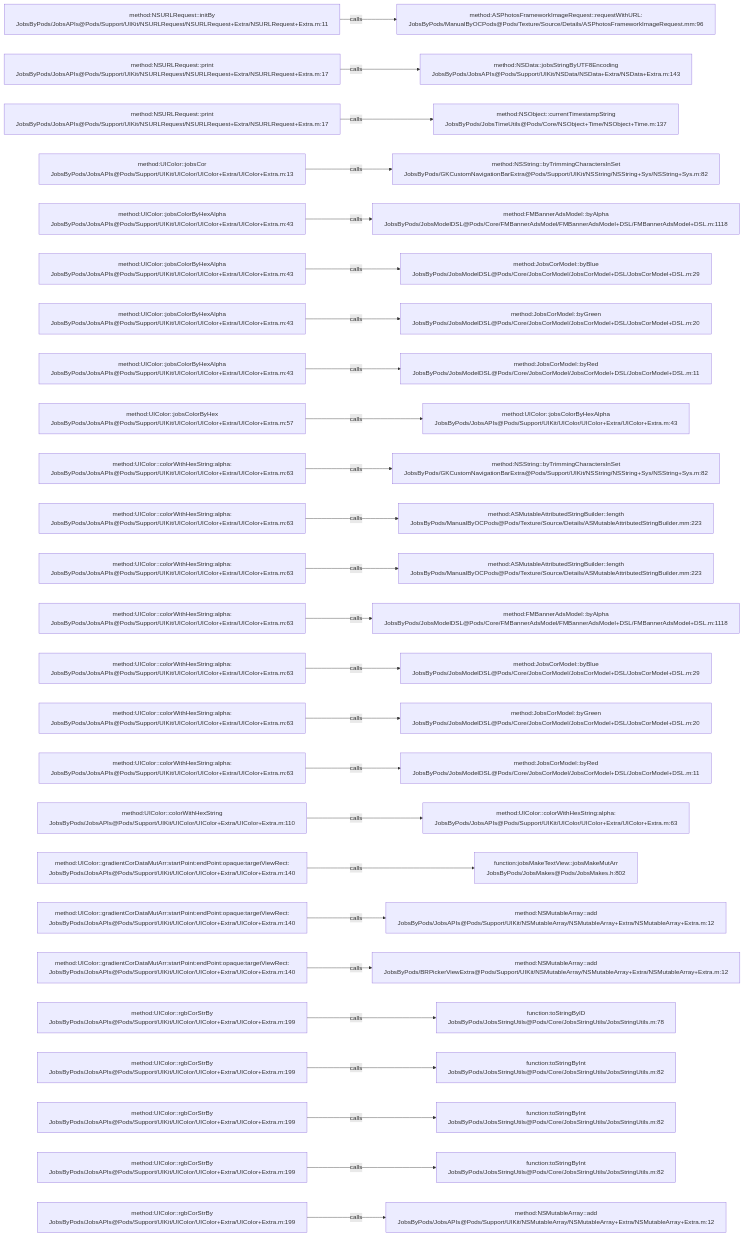
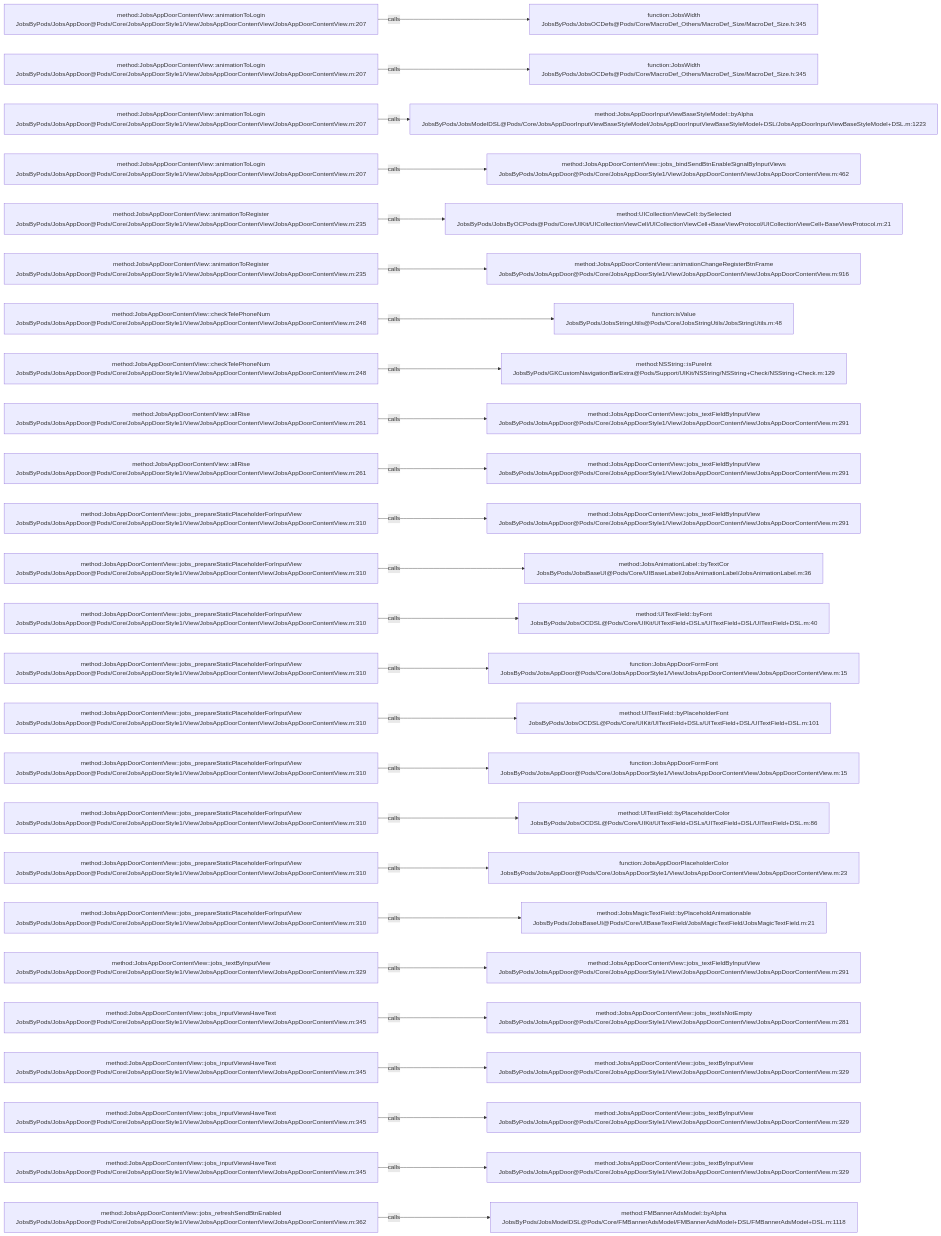
One commit to JobsKits/JobsOCBaseConfigDemo changed the diagram in .codegraph/codegraph.md/graphs/calls-089.md. Above: the diagram before and after it, drawn with Mermaid. The commit also changed 223 other files, not shown here.

````diff
--- a/.codegraph/codegraph.md/graphs/calls-089.md
+++ b/.codegraph/codegraph.md/graphs/calls-089.md
@@ -13,78 +13,78 @@
 ```mermaid
 flowchart LR
-  S1["method:NSURLRequest::initBy<br/>JobsByPods/JobsAPIs@Pods/Support/UIKit/NSURLRequest/NSURLRequest+Extra/NSURLRequest+Extra.m:11"]
-  T1["method:ASPhotosFrameworkImageRequest::requestWithURL:<br/>JobsByPods/ManualByOCPods@Pods/Texture/Source/Details/ASPhotosFrameworkImageRequest.mm:96"]
+  S1["method:JobsAppDoorContentView::animationToLogin<br/>JobsByPods/JobsAppDoor@Pods/Core/JobsAppDoorStyle1/View/JobsAppDoorContentView/JobsAppDoorContentView.m:207"]
+  T1["function:JobsWidth<br/>JobsByPods/JobsOCDefs@Pods/Core/MacroDef_Others/MacroDef_Size/MacroDef_Size.h:345"]
   S1 -->|calls| T1
-  S2["method:NSURLRequest::print<br/>JobsByPods/JobsAPIs@Pods/Support/UIKit/NSURLRequest/NSURLRequest+Extra/NSURLRequest+Extra.m:17"]
-  T2["method:NSData::jobsStringByUTF8Encoding<br/>JobsByPods/JobsAPIs@Pods/Support/UIKit/NSData/NSData+Extra/NSData+Extra.m:143"]
+  S2["method:JobsAppDoorContentView::animationToLogin<br/>JobsByPods/JobsAppDoor@Pods/Core/JobsAppDoorStyle1/View/JobsAppDoorContentView/JobsAppDoorContentView.m:207"]
+  T2["function:JobsWidth<br/>JobsByPods/JobsOCDefs@Pods/Core/MacroDef_Others/MacroDef_Size/MacroDef_Size.h:345"]
   S2 -->|calls| T2
-  S3["method:NSURLRequest::print<br/>JobsByPods/JobsAPIs@Pods/Support/UIKit/NSURLRequest/NSURLRequest+Extra/NSURLRequest+Extra.m:17"]
-  T3["method:NSObject::currentTimestampString<br/>JobsByPods/JobsTimeUtils@Pods/Core/NSObject+Time/NSObject+Time.m:137"]
+  S3["method:JobsAppDoorContentView::animationToLogin<br/>JobsByPods/JobsAppDoor@Pods/Core/JobsAppDoorStyle1/View/JobsAppDoorContentView/JobsAppDoorContentView.m:207"]
+  T3["method:JobsAppDoorInputViewBaseStyleModel::byAlpha<br/>JobsByPods/JobsModelDSL@Pods/Core/JobsAppDoorInputViewBaseStyleModel/JobsAppDoorInputViewBaseStyleModel+DSL/JobsAppDoorInputViewBaseStyleModel+DSL.m:1223"]
   S3 -->|calls| T3
-  S4["method:UIColor::jobsCor<br/>JobsByPods/JobsAPIs@Pods/Support/UIKit/UIColor/UIColor+Extra/UIColor+Extra.m:13"]
-  T4["method:NSString::byTrimmingCharactersInSet<br/>JobsByPods/GKCustomNavigationBarExtra@Pods/Support/UIKit/NSString/NSString+Sys/NSString+Sys.m:82"]
+  S4["method:JobsAppDoorContentView::animationToLogin<br/>JobsByPods/JobsAppDoor@Pods/Core/JobsAppDoorStyle1/View/JobsAppDoorContentView/JobsAppDoorContentView.m:207"]
+  T4["method:JobsAppDoorContentView::jobs_bindSendBtnEnableSignalByInputViews<br/>JobsByPods/JobsAppDoor@Pods/Core/JobsAppDoorStyle1/View/JobsAppDoorContentView/JobsAppDoorContentView.m:462"]
   S4 -->|calls| T4
-  S5["method:UIColor::jobsColorByHexAlpha<br/>JobsByPods/JobsAPIs@Pods/Support/UIKit/UIColor/UIColor+Extra/UIColor+Extra.m:43"]
-  T5["method:FMBannerAdsModel::byAlpha<br/>JobsByPods/JobsModelDSL@Pods/Core/FMBannerAdsModel/FMBannerAdsModel+DSL/FMBannerAdsModel+DSL.m:1118"]
+  S5["method:JobsAppDoorContentView::animationToRegister<br/>JobsByPods/JobsAppDoor@Pods/Core/JobsAppDoorStyle1/View/JobsAppDoorContentView/JobsAppDoorContentView.m:235"]
+  T5["method:UICollectionViewCell::bySelected<br/>JobsByPods/JobsByOCPods@Pods/Core/UIKit/UICollectionViewCell/UICollectionViewCell+BaseViewProtocol/UICollectionViewCell+BaseViewProtocol.m:21"]
   S5 -->|calls| T5
-  S6["method:UIColor::jobsColorByHexAlpha<br/>JobsByPods/JobsAPIs@Pods/Support/UIKit/UIColor/UIColor+Extra/UIColor+Extra.m:43"]
-  T6["method:JobsCorModel::byBlue<br/>JobsByPods/JobsModelDSL@Pods/Core/JobsCorModel/JobsCorModel+DSL/JobsCorModel+DSL.m:29"]
+  S6["method:JobsAppDoorContentView::animationToRegister<br/>JobsByPods/JobsAppDoor@Pods/Core/JobsAppDoorStyle1/View/JobsAppDoorContentView/JobsAppDoorContentView.m:235"]
+  T6["method:JobsAppDoorContentView::animationChangeRegisterBtnFrame<br/>JobsByPods/JobsAppDoor@Pods/Core/JobsAppDoorStyle1/View/JobsAppDoorContentView/JobsAppDoorContentView.m:916"]
   S6 -->|calls| T6
-  S7["method:UIColor::jobsColorByHexAlpha<br/>JobsByPods/JobsAPIs@Pods/Support/UIKit/UIColor/UIColor+Extra/UIColor+Extra.m:43"]
-  T7["method:JobsCorModel::byGreen<br/>JobsByPods/JobsModelDSL@Pods/Core/JobsCorModel/JobsCorModel+DSL/JobsCorModel+DSL.m:20"]
+  S7["method:JobsAppDoorContentView::checkTelePhoneNum<br/>JobsByPods/JobsAppDoor@Pods/Core/JobsAppDoorStyle1/View/JobsAppDoorContentView/JobsAppDoorContentView.m:248"]
+  T7["function:isValue<br/>JobsByPods/JobsStringUtils@Pods/Core/JobsStringUtils/JobsStringUtils.m:48"]
   S7 -->|calls| T7
-  S8["method:UIColor::jobsColorByHexAlpha<br/>JobsByPods/JobsAPIs@Pods/Support/UIKit/UIColor/UIColor+Extra/UIColor+Extra.m:43"]
-  T8["method:JobsCorModel::byRed<br/>JobsByPods/JobsModelDSL@Pods/Core/JobsCorModel/JobsCorModel+DSL/JobsCorModel+DSL.m:11"]
+  S8["method:JobsAppDoorContentView::checkTelePhoneNum<br/>JobsByPods/JobsAppDoor@Pods/Core/JobsAppDoorStyle1/View/JobsAppDoorContentView/JobsAppDoorContentView.m:248"]
+  T8["method:NSString::isPureInt<br/>JobsByPods/GKCustomNavigationBarExtra@Pods/Support/UIKit/NSString/NSString+Check/NSString+Check.m:129"]
   S8 -->|calls| T8
-  S9["method:UIColor::jobsColorByHex<br/>JobsByPods/JobsAPIs@Pods/Support/UIKit/UIColor/UIColor+Extra/UIColor+Extra.m:57"]
-  T9["method:UIColor::jobsColorByHexAlpha<br/>JobsByPods/JobsAPIs@Pods/Support/UIKit/UIColor/UIColor+Extra/UIColor+Extra.m:43"]
+  S9["method:JobsAppDoorContentView::allRise<br/>JobsByPods/JobsAppDoor@Pods/Core/JobsAppDoorStyle1/View/JobsAppDoorContentView/JobsAppDoorContentView.m:261"]
+  T9["method:JobsAppDoorContentView::jobs_textFieldByInputView<br/>JobsByPods/JobsAppDoor@Pods/Core/JobsAppDoorStyle1/View/JobsAppDoorContentView/JobsAppDoorContentView.m:291"]
   S9 -->|calls| T9
-  S10["method:UIColor::colorWithHexString:alpha:<br/>JobsByPods/JobsAPIs@Pods/Support/UIKit/UIColor/UIColor+Extra/UIColor+Extra.m:63"]
-  T10["method:NSString::byTrimmingCharactersInSet<br/>JobsByPods/GKCustomNavigationBarExtra@Pods/Support/UIKit/NSString/NSString+Sys/NSString+Sys.m:82"]
+  S10["method:JobsAppDoorContentView::allRise<br/>JobsByPods/JobsAppDoor@Pods/Core/JobsAppDoorStyle1/View/JobsAppDoorContentView/JobsAppDoorContentView.m:261"]
+  T10["method:JobsAppDoorContentView::jobs_textFieldByInputView<br/>JobsByPods/JobsAppDoor@Pods/Core/JobsAppDoorStyle1/View/JobsAppDoorContentView/JobsAppDoorContentView.m:291"]
   S10 -->|calls| T10
-  S11["method:UIColor::colorWithHexString:alpha:<br/>JobsByPods/JobsAPIs@Pods/Support/UIKit/UIColor/UIColor+Extra/UIColor+Extra.m:63"]
-  T11["method:ASMutableAttributedStringBuilder::length<br/>JobsByPods/ManualByOCPods@Pods/Texture/Source/Details/ASMutableAttributedStringBuilder.mm:223"]
+  S11["method:JobsAppDoorContentView::jobs_prepareStaticPlaceholderForInputView<br/>JobsByPods/JobsAppDoor@Pods/Core/JobsAppDoorStyle1/View/JobsAppDoorContentView/JobsAppDoorContentView.m:310"]
+  T11["method:JobsAppDoorContentView::jobs_textFieldByInputView<br/>JobsByPods/JobsAppDoor@Pods/Core/JobsAppDoorStyle1/View/JobsAppDoorContentView/JobsAppDoorContentView.m:291"]
   S11 -->|calls| T11
-  S12["method:UIColor::colorWithHexString:alpha:<br/>JobsByPods/JobsAPIs@Pods/Support/UIKit/UIColor/UIColor+Extra/UIColor+Extra.m:63"]
-  T12["method:ASMutableAttributedStringBuilder::length<br/>JobsByPods/ManualByOCPods@Pods/Texture/Source/Details/ASMutableAttributedStringBuilder.mm:223"]
+  S12["method:JobsAppDoorContentView::jobs_prepareStaticPlaceholderForInputView<br/>JobsByPods/JobsAppDoor@Pods/Core/JobsAppDoorStyle1/View/JobsAppDoorContentView/JobsAppDoorContentView.m:310"]
+  T12["method:JobsAnimationLabel::byTextCor<br/>JobsByPods/JobsBaseUI@Pods/Core/UIBaseLabel/JobsAnimationLabel/JobsAnimationLabel.m:36"]
   S12 -->|calls| T12
-  S13["method:UIColor::colorWithHexString:alpha:<br/>JobsByPods/JobsAPIs@Pods/Support/UIKit/UIColor/UIColor+Extra/UIColor+Extra.m:63"]
-  T13["method:FMBannerAdsModel::byAlpha<br/>JobsByPods/JobsModelDSL@Pods/Core/FMBannerAdsModel/FMBannerAdsModel+DSL/FMBannerAdsModel+DSL.m:1118"]
+  S13["method:JobsAppDoorContentView::jobs_prepareStaticPlaceholderForInputView<br/>JobsByPods/JobsAppDoor@Pods/Core/JobsAppDoorStyle1/View/JobsAppDoorContentView/JobsAppDoorContentView.m:310"]
+  T13["method:UITextField::byFont<br/>JobsByPods/JobsOCDSL@Pods/Core/UIKit/UITextField+DSLs/UITextField+DSL/UITextField+DSL.m:40"]
   S13 -->|calls| T13
-  S14["method:UIColor::colorWithHexString:alpha:<br/>JobsByPods/JobsAPIs@Pods/Support/UIKit/UIColor/UIColor+Extra/UIColor+Extra.m:63"]
-  T14["method:JobsCorModel::byBlue<br/>JobsByPods/JobsModelDSL@Pods/Core/JobsCorModel/JobsCorModel+DSL/JobsCorModel+DSL.m:29"]
+  S14["method:JobsAppDoorContentView::jobs_prepareStaticPlaceholderForInputView<br/>JobsByPods/JobsAppDoor@Pods/Core/JobsAppDoorStyle1/View/JobsAppDoorContentView/JobsAppDoorContentView.m:310"]
+  T14["function:JobsAppDoorFormFont<br/>JobsByPods/JobsAppDoor@Pods/Core/JobsAppDoorStyle1/View/JobsAppDoorContentView/JobsAppDoorContentView.m:15"]
   S14 -->|calls| T14
-  S15["method:UIColor::colorWithHexString:alpha:<br/>JobsByPods/JobsAPIs@Pods/Support/UIKit/UIColor/UIColor+Extra/UIColor+Extra.m:63"]
-  T15["method:JobsCorModel::byGreen<br/>JobsByPods/JobsModelDSL@Pods/Core/JobsCorModel/JobsCorModel+DSL/JobsCorModel+DSL.m:20"]
+  S15["method:JobsAppDoorContentView::jobs_prepareStaticPlaceholderForInputView<br/>JobsByPods/JobsAppDoor@Pods/Core/JobsAppDoorStyle1/View/JobsAppDoorContentView/JobsAppDoorContentView.m:310"]
+  T15["method:UITextField::byPlaceholderFont<br/>JobsByPods/JobsOCDSL@Pods/Core/UIKit/UITextField+DSLs/UITextField+DSL/UITextField+DSL.m:101"]
   S15 -->|calls| T15
-  S16["method:UIColor::colorWithHexString:alpha:<br/>JobsByPods/JobsAPIs@Pods/Support/UIKit/UIColor/UIColor+Extra/UIColor+Extra.m:63"]
-  T16["method:JobsCorModel::byRed<br/>JobsByPods/JobsModelDSL@Pods/Core/JobsCorModel/JobsCorModel+DSL/JobsCorModel+DSL.m:11"]
+  S16["method:JobsAppDoorContentView::jobs_prepareStaticPlaceholderForInputView<br/>JobsByPods/JobsAppDoor@Pods/Core/JobsAppDoorStyle1/View/JobsAppDoorContentView/JobsAppDoorContentView.m:310"]
+  T16["function:JobsAppDoorFormFont<br/>JobsByPods/JobsAppDoor@Pods/Core/JobsAppDoorStyle1/View/JobsAppDoorContentView/JobsAppDoorContentView.m:15"]
   S16 -->|calls| T16
-  S17["method:UIColor::colorWithHexString<br/>JobsByPods/JobsAPIs@Pods/Support/UIKit/UIColor/UIColor+Extra/UIColor+Extra.m:110"]
-  T17["method:UIColor::colorWithHexString:alpha:<br/>JobsByPods/JobsAPIs@Pods/Support/UIKit/UIColor/UIColor+Extra/UIColor+Extra.m:63"]
+  S17["method:JobsAppDoorContentView::jobs_prepareStaticPlaceholderForInputView<br/>JobsByPods/JobsAppDoor@Pods/Core/JobsAppDoorStyle1/View/JobsAppDoorContentView/JobsAppDoorContentView.m:310"]
+  T17["method:UITextField::byPlaceholderColor<br/>JobsByPods/JobsOCDSL@Pods/Core/UIKit/UITextField+DSLs/UITextField+DSL/UITextField+DSL.m:86"]
   S17 -->|calls| T17
-  S18["method:UIColor::gradientCorDataMutArr:startPoint:endPoint:opaque:targetViewRect:<br/>JobsByPods/JobsAPIs@Pods/Support/UIKit/UIColor/UIColor+Extra/UIColor+Extra.m:140"]
-  T18["function:jobsMakeTextView::jobsMakeMutArr<br/>JobsByPods/JobsMakes@Pods/JobsMakes.h:802"]
+  S18["method:JobsAppDoorContentView::jobs_prepareStaticPlaceholderForInputView<br/>JobsByPods/JobsAppDoor@Pods/Core/JobsAppDoorStyle1/View/JobsAppDoorContentView/JobsAppDoorContentView.m:310"]
+  T18["function:JobsAppDoorPlaceholderColor<br/>JobsByPods/JobsAppDoor@Pods/Core/JobsAppDoorStyle1/View/JobsAppDoorContentView/JobsAppDoorContentView.m:23"]
   S18 -->|calls| T18
-  S19["method:UIColor::gradientCorDataMutArr:startPoint:endPoint:opaque:targetViewRect:<br/>JobsByPods/JobsAPIs@Pods/Support/UIKit/UIColor/UIColor+Extra/UIColor+Extra.m:140"]
-  T19["method:NSMutableArray::add<br/>JobsByPods/JobsAPIs@Pods/Support/UIKit/NSMutableArray/NSMutableArray+Extra/NSMutableArray+Extra.m:12"]
+  S19["method:JobsAppDoorContentView::jobs_prepareStaticPlaceholderForInputView<br/>JobsByPods/JobsAppDoor@Pods/Core/JobsAppDoorStyle1/View/JobsAppDoorContentView/JobsAppDoorContentView.m:310"]
+  T19["method:JobsMagicTextField::byPlaceholdAnimationable<br/>JobsByPods/JobsBaseUI@Pods/Core/UIBaseTextField/JobsMagicTextField/JobsMagicTextField.m:21"]
   S19 -->|calls| T19
-  S20["method:UIColor::gradientCorDataMutArr:startPoint:endPoint:opaque:targetViewRect:<br/>JobsByPods/JobsAPIs@Pods/Support/UIKit/UIColor/UIColor+Extra/UIColor+Extra.m:140"]
-  T20["method:NSMutableArray::add<br/>JobsByPods/BRPickerViewExtra@Pods/Support/UIKit/NSMutableArray/NSMutableArray+Extra/NSMutableArray+Extra.m:12"]
+  S20["method:JobsAppDoorContentView::jobs_textByInputView<br/>JobsByPods/JobsAppDoor@Pods/Core/JobsAppDoorStyle1/View/JobsAppDoorContentView/JobsAppDoorContentView.m:329"]
+  T20["method:JobsAppDoorContentView::jobs_textFieldByInputView<br/>JobsByPods/JobsAppDoor@Pods/Core/JobsAppDoorStyle1/View/JobsAppDoorContentView/JobsAppDoorContentView.m:291"]
   S20 -->|calls| T20
-  S21["method:UIColor::rgbCorStrBy<br/>JobsByPods/JobsAPIs@Pods/Support/UIKit/UIColor/UIColor+Extra/UIColor+Extra.m:199"]
-  T21["function:toStringByID<br/>JobsByPods/JobsStringUtils@Pods/Core/JobsStringUtils/JobsStringUtils.m:78"]
+  S21["method:JobsAppDoorContentView::jobs_inputViewsHaveText<br/>JobsByPods/JobsAppDoor@Pods/Core/JobsAppDoorStyle1/View/JobsAppDoorContentView/JobsAppDoorContentView.m:345"]
+  T21["method:JobsAppDoorContentView::jobs_textIsNotEmpty<br/>JobsByPods/JobsAppDoor@Pods/Core/JobsAppDoorStyle1/View/JobsAppDoorContentView/JobsAppDoorContentView.m:281"]
   S21 -->|calls| T21
-  S22["method:UIColor::rgbCorStrBy<br/>JobsByPods/JobsAPIs@Pods/Support/UIKit/UIColor/UIColor+Extra/UIColor+Extra.m:199"]
-  T22["function:toStringByInt<br/>JobsByPods/JobsStringUtils@Pods/Core/JobsStringUtils/JobsStringUtils.m:82"]
+  S22["method:JobsAppDoorContentView::jobs_inputViewsHaveText<br/>JobsByPods/JobsAppDoor@Pods/Core/JobsAppDoorStyle1/View/JobsAppDoorContentView/JobsAppDoorContentView.m:345"]
+  T22["method:JobsAppDoorContentView::jobs_textByInputView<br/>JobsByPods/JobsAppDoor@Pods/Core/JobsAppDoorStyle1/View/JobsAppDoorContentView/JobsAppDoorContentView.m:329"]
   S22 -->|calls| T22
-  S23["method:UIColor::rgbCorStrBy<br/>JobsByPods/JobsAPIs@Pods/Support/UIKit/UIColor/UIColor+Extra/UIColor+Extra.m:199"]
-  T23["function:toStringByInt<br/>JobsByPods/JobsStringUtils@Pods/Core/JobsStringUtils/JobsStringUtils.m:82"]
+  S23["method:JobsAppDoorContentView::jobs_inputViewsHaveText<br/>JobsByPods/JobsAppDoor@Pods/Core/JobsAppDoorStyle1/View/JobsAppDoorContentView/JobsAppDoorContentView.m:345"]
+  T23["method:JobsAppDoorContentView::jobs_textByInputView<br/>JobsByPods/JobsAppDoor@Pods/Core/JobsAppDoorStyle1/View/JobsAppDoorContentView/JobsAppDoorContentView.m:329"]
   S23 -->|calls| T23
-  S24["method:UIColor::rgbCorStrBy<br/>JobsByPods/JobsAPIs@Pods/Support/UIKit/UIColor/UIColor+Extra/UIColor+Extra.m:199"]
-  T24["function:toStringByInt<br/>JobsByPods/JobsStringUtils@Pods/Core/JobsStringUtils/JobsStringUtils.m:82"]
+  S24["method:JobsAppDoorContentView::jobs_inputViewsHaveText<br/>JobsByPods/JobsAppDoor@Pods/Core/JobsAppDoorStyle1/View/JobsAppDoorContentView/JobsAppDoorContentView.m:345"]
+  T24["method:JobsAppDoorContentView::jobs_textByInputView<br/>JobsByPods/JobsAppDoor@Pods/Core/JobsAppDoorStyle1/View/JobsAppDoorContentView/JobsAppDoorContentView.m:329"]
   S24 -->|calls| T24
-  S25["method:UIColor::rgbCorStrBy<br/>JobsByPods/JobsAPIs@Pods/Support/UIKit/UIColor/UIColor+Extra/UIColor+Extra.m:199"]
-  T25["method:NSMutableArray::add<br/>JobsByPods/JobsAPIs@Pods/Support/UIKit/NSMutableArray/NSMutableArray+Extra/NSMutableArray+Extra.m:12"]
+  S25["method:JobsAppDoorContentView::jobs_refreshSendBtnEnabled<br/>JobsByPods/JobsAppDoor@Pods/Core/JobsAppDoorStyle1/View/JobsAppDoorContentView/JobsAppDoorContentView.m:362"]
+  T25["method:FMBannerAdsModel::byAlpha<br/>JobsByPods/JobsModelDSL@Pods/Core/FMBannerAdsModel/FMBannerAdsModel+DSL/FMBannerAdsModel+DSL.m:1118"]
   S25 -->|calls| T25
 ```
````
